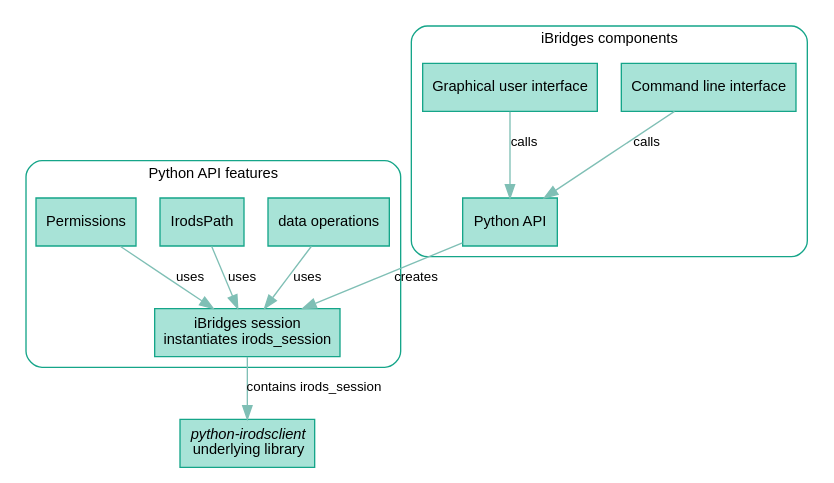
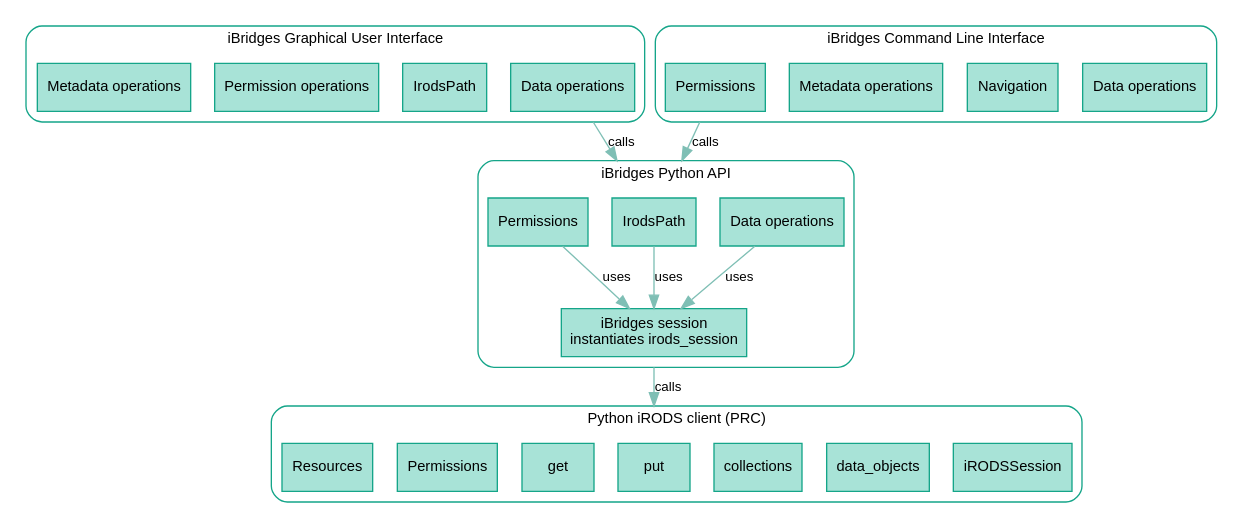
The second of 2 diagrams in book/introduction.qmd (iBridges-for-iRODS/iBridges-Training), drawn with Graphviz before and after one commit. The commit also changed 1 other file, not shown here.

Commit message:
updating graph ibridges-prc

````diff
--- a/book/introduction.qmd
+++ b/book/introduction.qmd
@@ -157,64 +157,75 @@
 ```{dot}
 //| label: fig-ibridges-prc
 //| fig-cap: Relationship between iBridges components, API features, and the python irods client.
 //| fig-align: center
+//| fig-width: 9
+digraph ibridges_prc {
+    compound=True;
+    rankdir=TD;   // top-down layout
 
-digraph ibridges_prc {
-
-    rankdir=TB;   // top-down layout
-
-    graph [fontsize=11, fontname="Arial"];
+    graph [fontsize=11, fontname="Arial", rank = TB, style=rounded, color="#15a589"];
     node  [
         shape=box,
         style=filled,
         color="#15a589",
         fillcolor="#a8e3d7",
         fontsize=11,
         fontname="Arial"
     ];
     edge [
         fontsize=10,
         fontname="Arial",
         color="#7fbfb5",
         penwidth=1
     ];
+    // Cluster for API features
+    subgraph cluster_api_features {
+        label="iBridges Python API";
 
-    // Cluster for user facing components
-    subgraph cluster_ibridges_ui {
-        label="iBridges components";
-        style=rounded;
-        color="#15a589";
-
-        API      [label="Python API"];
-        CLI      [label="Command line interface"];
-        GUI      [label="Graphical user interface"];
+        Session    [label="iBridges session\ninstantiates irods_session"];
+        DataOps    [label="Data operations"];
+        IrodsPath  [label="IrodsPath"];
+        Permissions[label="Permissions"]
     }
 
-    // Cluster for API features
-    subgraph cluster_api_features {
-        label="Python API features";
-        style=rounded;
-        color="#15a589";
+    subgraph cluster_gui_features {
+        label="iBridges Graphical User Interface";
 
-        Session    [label="iBridges session\ninstantiates irods_session"];
-        DataOps    [label="data operations"];
-        IrodsPath  [label="IrodsPath"];
-        Permissions[label="Permissions"];
+        GuiDataOps[label="Data operations"];
+        GuiIrodspath[label="IrodsPath"]
+        GuiPermissions[label="Permission operations"];
+        GuiMetadata[label="Metadata operations"];
     }
 
-    // python irods client
-    PRC [label=<<i>python-irodsclient</i><br/>underlying library>];
+    subgraph cluster_cli_features {
+        label="iBridges Command Line Interface";
 
-    // Relationships between UI components and API
-    CLI -> API [label="calls"];
-    GUI -> API [label="calls"];
+        CliDataOps[label="Data operations"];
+        CliNavigation[label="Navigation"];
+        CliMetadata[label="Metadata operations"];
+        CliPermissions[label="Permissions"]
+    }
+
+    subgraph cluster_prc {
+        label="Python iRODS client (PRC)";
+        PrcSession[label="iRODSSession"];
+        PrcDataObjects[label="data_objects"];
+        PrcCollections[label="collections"];
+        PrcPut[label="put"];
+        PrcGet[label="get"];
+        PrcACLs[label="Permissions"];
+        PrcRescs[label="Resources"]
+    }
+
+
+    GuiDataOps -> IrodsPath[label="calls", ltail="cluster_gui_features", lhead="cluster_api_features"]
+    CliPermissions -> IrodsPath[label="calls", ltail="cluster_cli_features", lhead="cluster_api_features"]
 
     // Relationships inside API features
-    API       -> Session     [label="creates"];
     DataOps   -> Session     [label="uses"];
     IrodsPath -> Session     [label="uses"];
-    Permissions -> Session   [label="uses"];
-
-    Session   -> PRC         [label="contains irods_session"];
+    Permissions -> Session   [label="uses"]
+    
+    Session   -> PrcPut[label="calls", ltail="cluster_api_features", lhead="cluster_prc"];
 }
 ```
````
